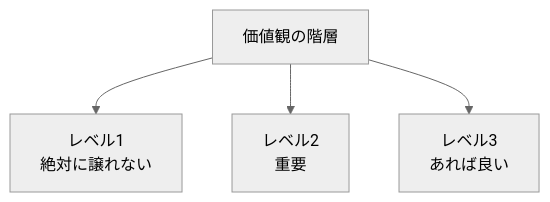
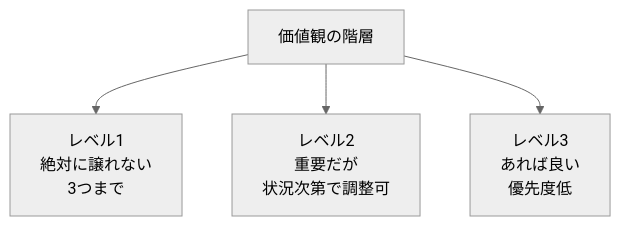
One commit to tndg16-bot/portfolio-site changed the first of 2 diagrams in content/blog/302-values-priority-clarity-decisions.md. Above: the diagram before and after it, drawn with Mermaid (neutral theme). The commit also changed other lines of this file and 4 other files, not shown here.

````diff
--- a/content/blog/302-values-priority-clarity-decisions.md
+++ b/content/blog/302-values-priority-clarity-decisions.md
@@ -34,7 +34,7 @@
 ```mermaid
 graph TD
     A[価値観の階層]
-    A --> B[レベル1<br/>絶対に譲れない]
-    A --> C[レベル2<br/>重要]
-    A --> D[レベル3<br/>あれば良い]
+    A --> B[レベル1<br/>絶対に譲れない<br/>3つまで]
+    A --> C[レベル2<br/>重要だが<br/>状況次第で調整可]
+    A --> D[レベル3<br/>あれば良い<br/>優先度低]
 ```
````
